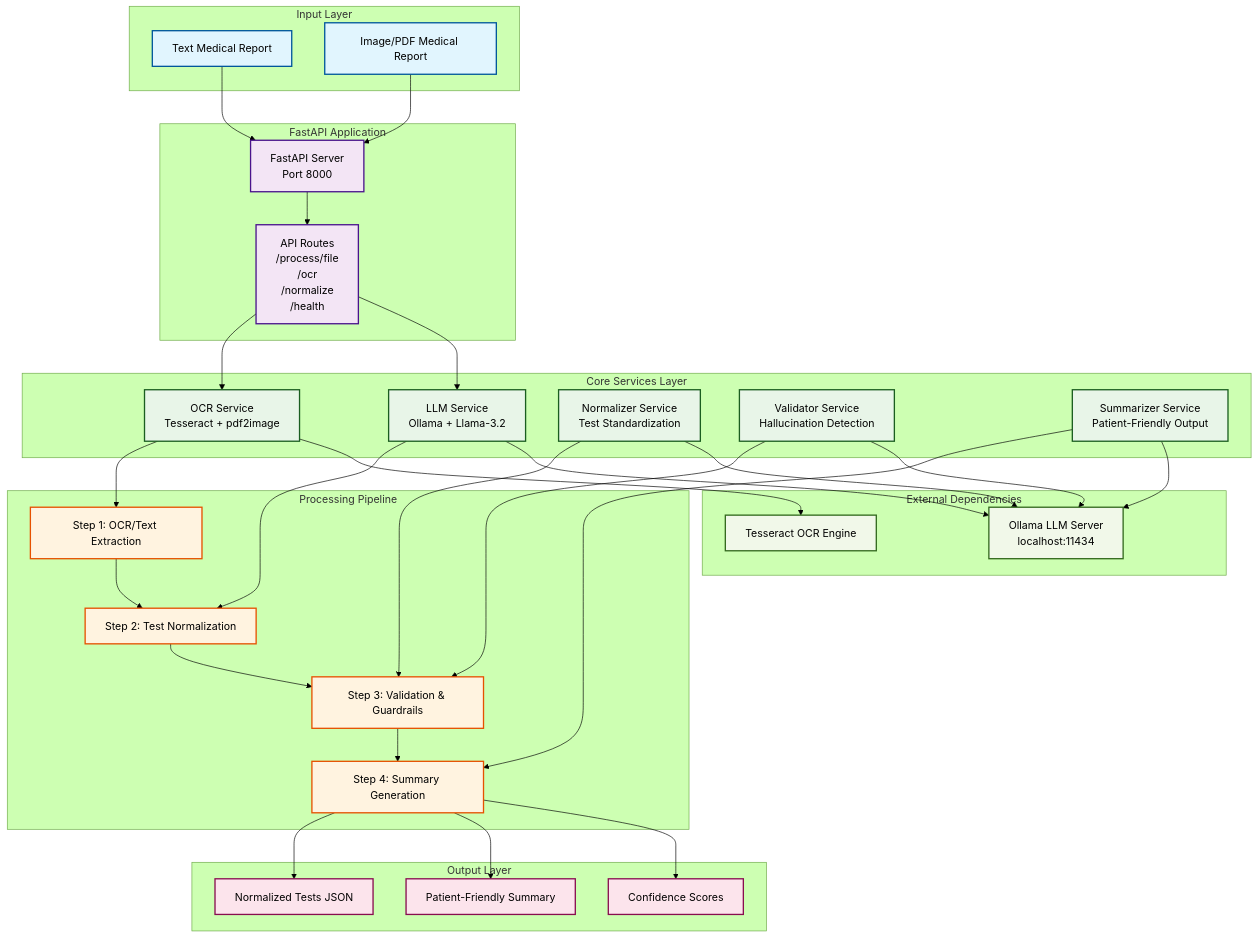
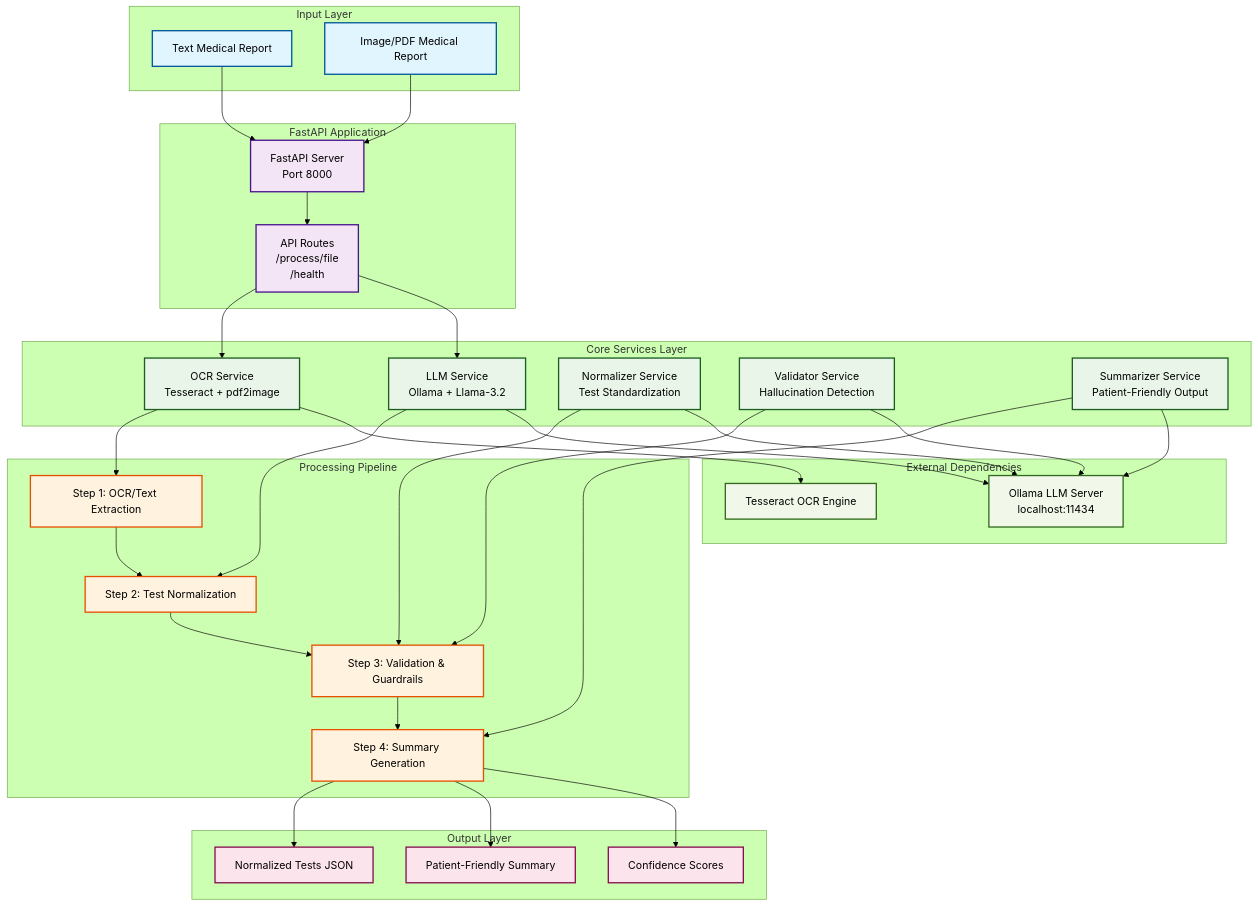
The first of 3 diagrams in ARCHITECTURE.md (Rhishi-04/AI-Powered-Medical-Report-Simplifier), drawn with Mermaid (forest theme) before and after one commit. The commit also changed other lines of this file and 3 other files, not shown here.

```diff
--- a/ARCHITECTURE.md
+++ b/ARCHITECTURE.md
@@ -13,7 +13,7 @@
     %% API Gateway
     subgraph "FastAPI Application"
         C[FastAPI Server<br/>Port 8000]
-        D[API Routes<br/>/process/file<br/>/ocr<br/>/normalize<br/>/health]
+        D[API Routes<br/>/process/file<br/>/health]
     end
     
     %% Core Services
```
